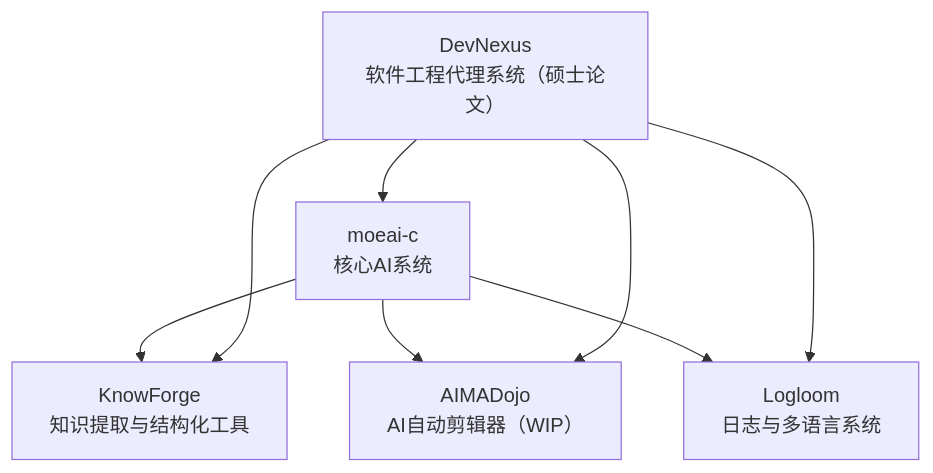
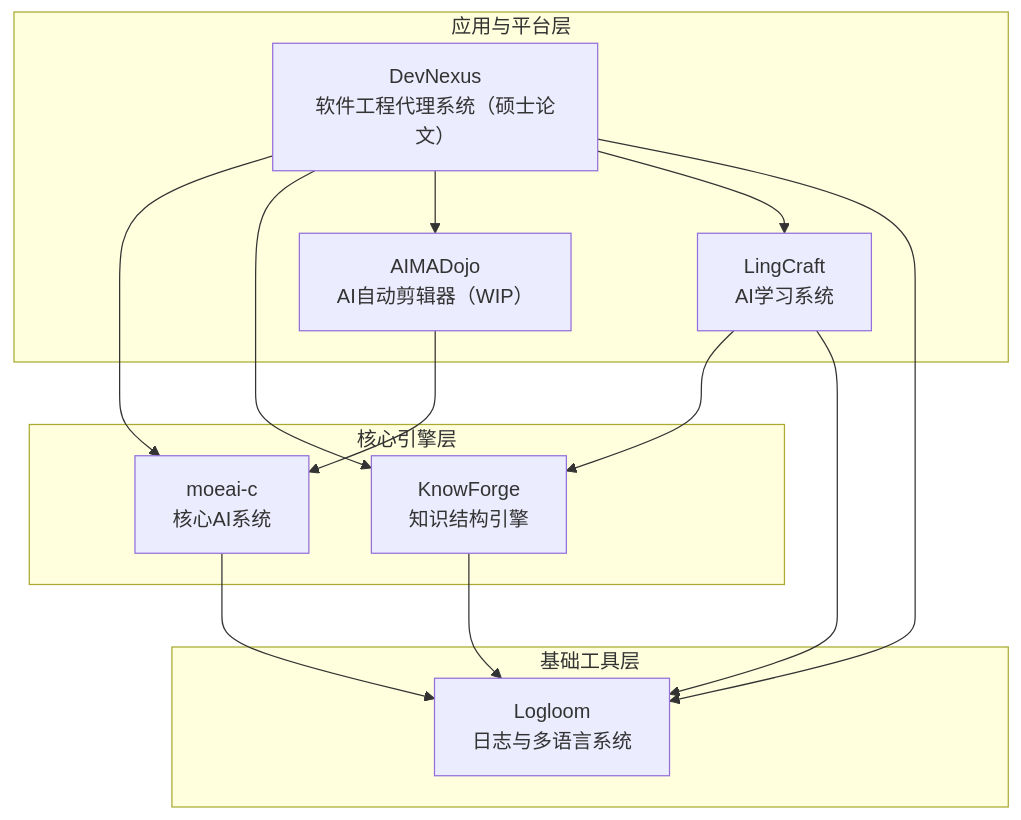
One commit to ydzat/ydzat changed the diagram in README.md. Above: the diagram before and after it, drawn with Mermaid.

````diff
--- a/README.md
+++ b/README.md
@@ -75,11 +75,29 @@
 ```mermaid
 graph TD
-  A[moeai-c<br>核心AI系统] --> B[KnowForge<br>知识提取与结构化工具]
-  A --> C[AIMADojo<br>AI自动剪辑器（WIP）]
-  A --> E[Logloom<br>日志与多语言系统]
+  subgraph 基础工具层
+    E[Logloom<br>日志与多语言系统]
+  end
 
-  D[DevNexus<br>软件工程代理系统（硕士论文）] --> A
+  subgraph 核心引擎层
+    A[moeai-c<br>核心AI系统]
+    B[KnowForge<br>知识结构引擎]
+  end
+
+  subgraph 应用与平台层
+    F[LingCraft<br>AI学习系统]
+    C[AIMADojo<br>AI自动剪辑器（WIP）]
+    D[DevNexus<br>软件工程代理系统（硕士论文）]
+  end
+
+  D --> A
   D --> B
   D --> C
+  D --> F
+
+  F --> B
+  F --> E
+  C --> A
+  A --> E
+  B --> E
   D --> E
 ```
````
